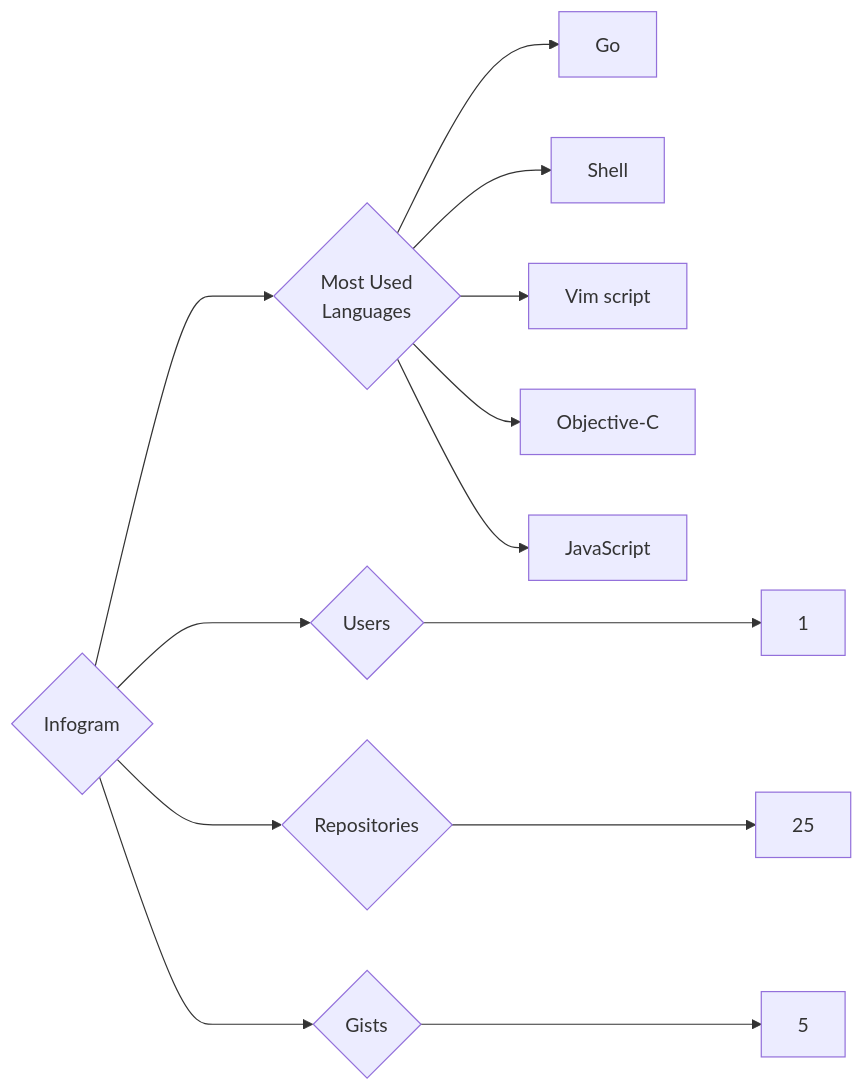
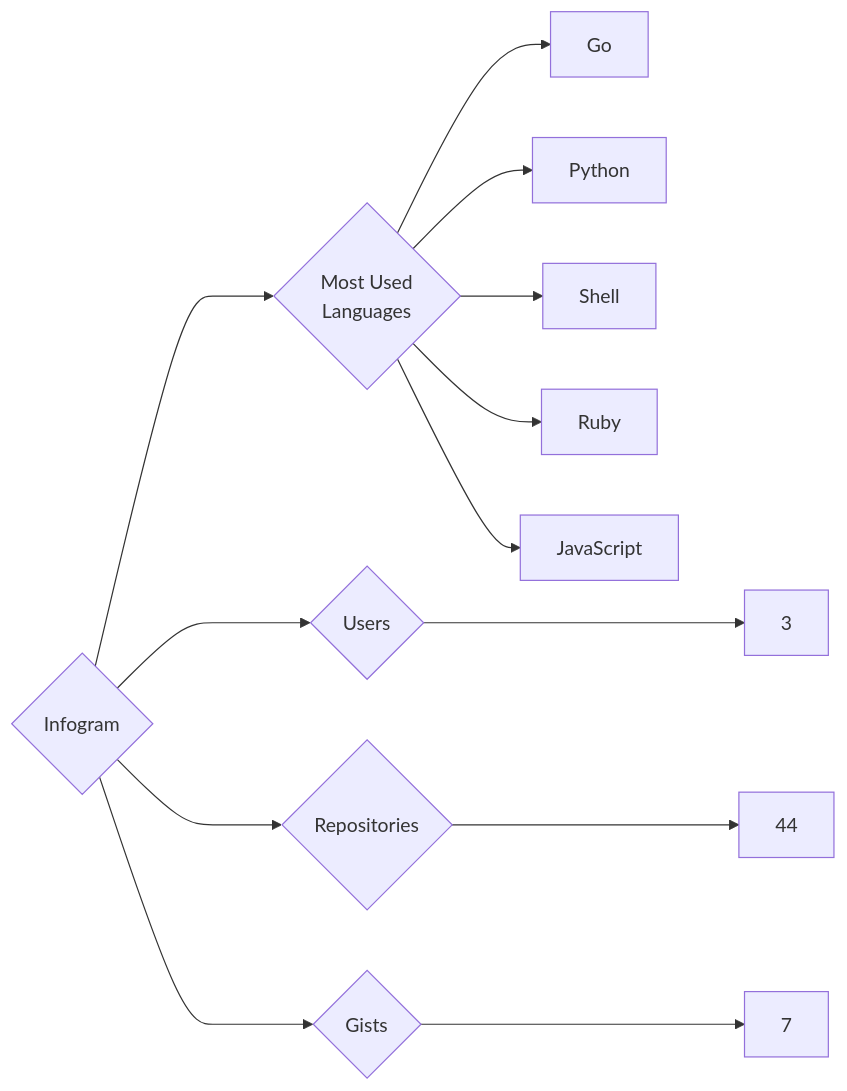
One commit to trickest/insiders changed the diagram in targets/Infogram/README.md. Above: the diagram before and after it, drawn with Mermaid. The commit also changed 757 other files, not shown here.

````diff
--- a/targets/Infogram/README.md
+++ b/targets/Infogram/README.md
@@ -3,13 +3,13 @@
 ```mermaid
 graph LR
 COMPANY_NAME{Infogram}
-COMPANY_NAME ---> U{Users} ---> UN[1]
-COMPANY_NAME ---> R{Repositories} ---> RN[25]
-COMPANY_NAME ---> G{Gists} ---> GN[5]
+COMPANY_NAME ---> U{Users} ---> UN[3]
+COMPANY_NAME ---> R{Repositories} ---> RN[44]
+COMPANY_NAME ---> G{Gists} ---> GN[7]
 COMPANY_NAME ---> ML{Most Used<br>Languages}
 ML --> Go[Go]
+ML --> Python[Python]
 ML --> Shell[Shell]
-ML --> Vim_script[Vim script]
-ML --> Objective-C[Objective-C]
+ML --> Ruby[Ruby]
 ML --> JavaScript[JavaScript]
 ```
````
